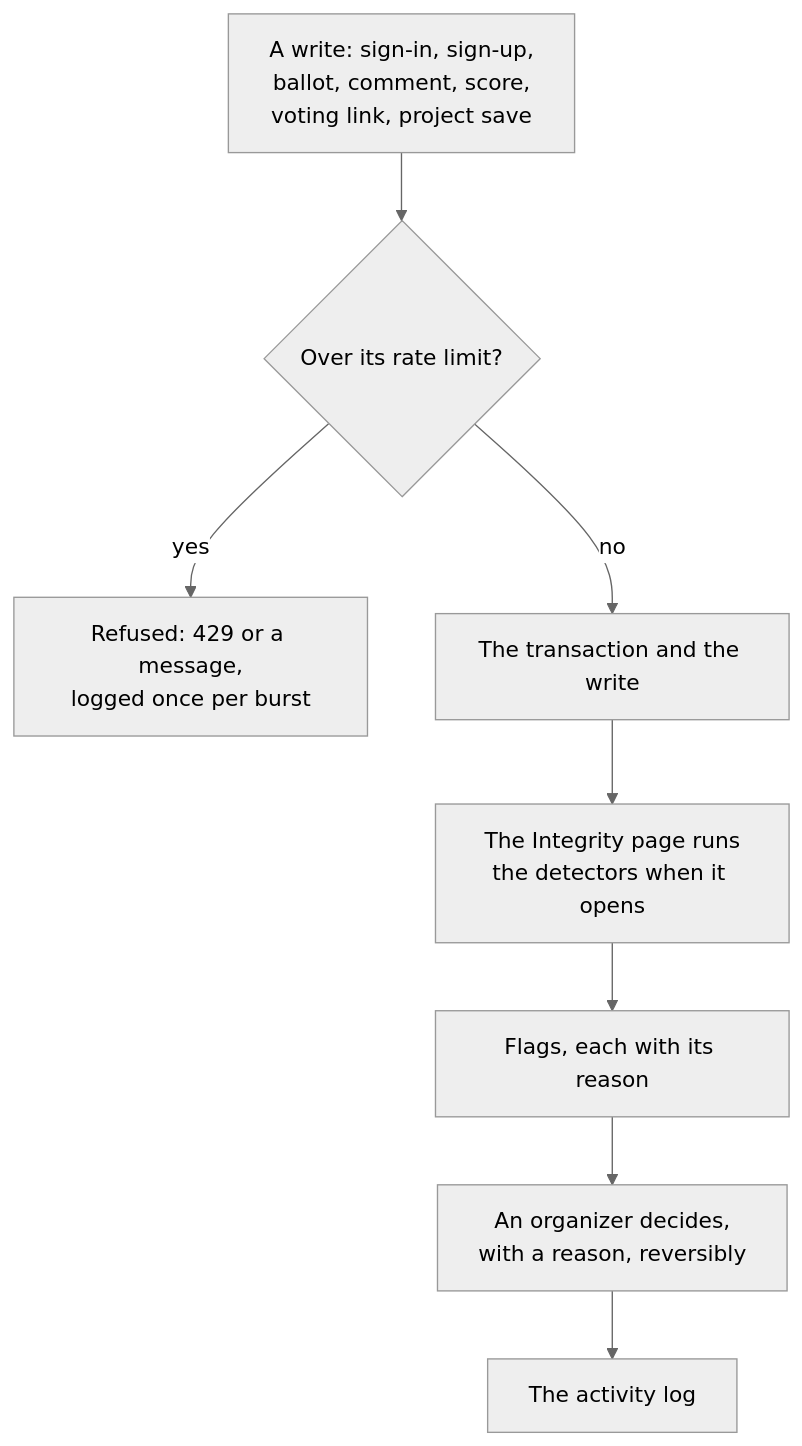
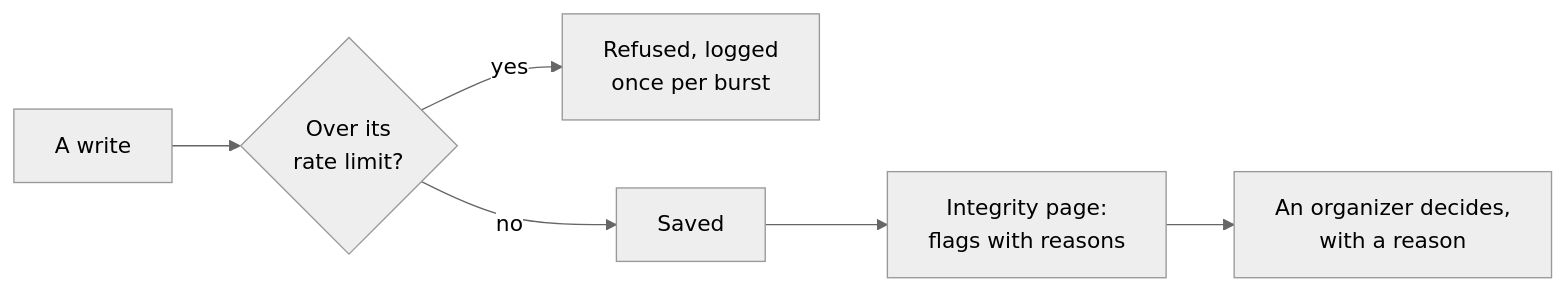
Diagram 13 of 19 in ARCHITECTURE.md (manusingh090/Shipshape), drawn with Mermaid (neutral theme) before and after one commit. The commit also changed other lines of this file and 2 other files, not shown here.

Commit message:
Update files: shorter README, compact diagrams

````diff
--- a/ARCHITECTURE.md
+++ b/ARCHITECTURE.md
@@ -463,10 +432,8 @@
 ```mermaid
-flowchart TB
-    act["A write: sign-in, sign-up,<br/>ballot, comment, score,<br/>voting link, project save"] --> limit{"Over its rate limit?"}
-    limit -- yes --> refused["Refused: 429 or a message,<br/>logged once per burst"]
-    limit -- no --> write["The transaction and the write"]
-    write --> page["The Integrity page runs<br/>the detectors when it opens"]
-    page --> flags["Flags, each with its reason"]
-    flags --> decide["An organizer decides,<br/>with a reason, reversibly"]
-    decide --> log["The activity log"]
+flowchart LR
+    write["A write"] --> limit{"Over its<br/>rate limit?"}
+    limit -- yes --> refused["Refused, logged<br/>once per burst"]
+    limit -- no --> saved["Saved"]
+    saved --> flags["Integrity page:<br/>flags with reasons"]
+    flags --> decide["An organizer decides,<br/>with a reason"]
 ```
````
